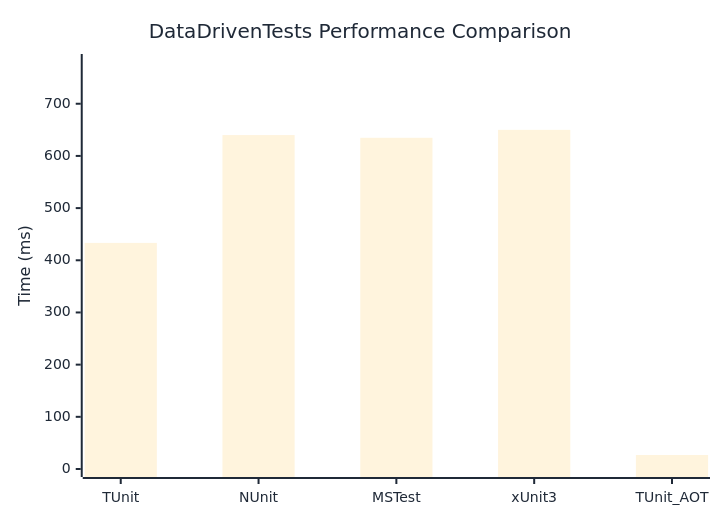
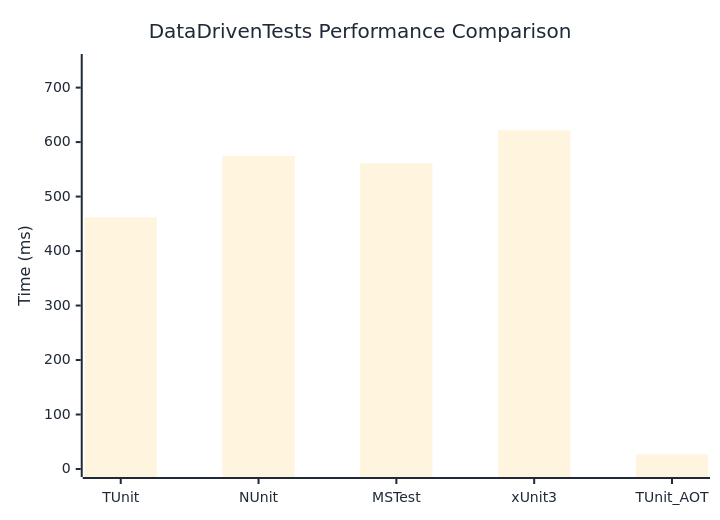
Before and after one commit to thomhurst/TUnit: the diagram in docs/docs/benchmarks/DataDrivenTests.md, drawn with Mermaid. The commit also changed other lines of this file and 17 other files, not shown here.

````diff
--- a/docs/docs/benchmarks/DataDrivenTests.md
+++ b/docs/docs/benchmarks/DataDrivenTests.md
@@ -27,37 +27,37 @@
 ```mermaid
 %%{init: {
   'theme':'base',
   'themeVariables': {
     'primaryColor': '#2563eb',
     'primaryTextColor': '#1f2937',
     'primaryBorderColor': '#1e40af',
     'lineColor': '#6b7280',
     'secondaryColor': '#7c3aed',
     'tertiaryColor': '#dc2626',
     'background': '#ffffff',
     'mainBkg': '#2563eb',
     'secondBkg': '#7c3aed',
     'tertiaryBkg': '#dc2626',
     'clusterBkg': '#f3f4f6',
     'edgeLabelBackground': '#ffffff',
     'tertiaryTextColor': '#1f2937',
     'pie1': '#2563eb',
     'pie2': '#7c3aed',
     'pie3': '#dc2626',
     'pie4': '#f59e0b',
     'pie5': '#10b981',
     'pie6': '#06b6d4',
     'pie7': '#ec4899',
     'pie8': '#6366f1',
     'pie9': '#84cc16',
     'pie10': '#f97316',
     'pie11': '#14b8a6',
     'pie12': '#a855f7'
   }
 }}%%
 xychart-beta
   title "DataDrivenTests Performance Comparison"
   x-axis ["TUnit", "NUnit", "MSTest", "xUnit3", "TUnit_AOT"]
-  y-axis "Time (ms)" 0 --> 780
-  bar [433.32, 639.93, 634.75, 649.96, 26.84]
+  y-axis "Time (ms)" 0 --> 747
+  bar [461.8, 574.51, 561.21, 621.87, 26.81]
 ```
````
